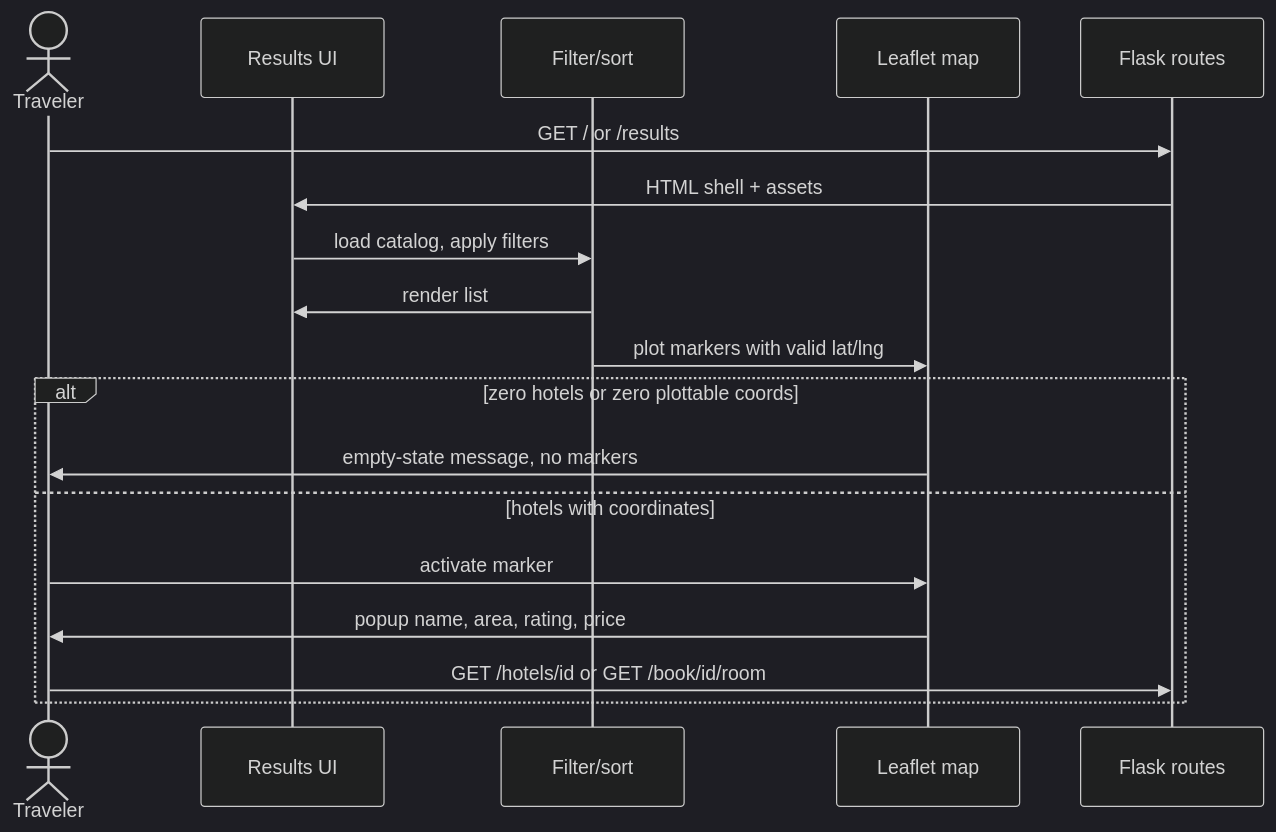
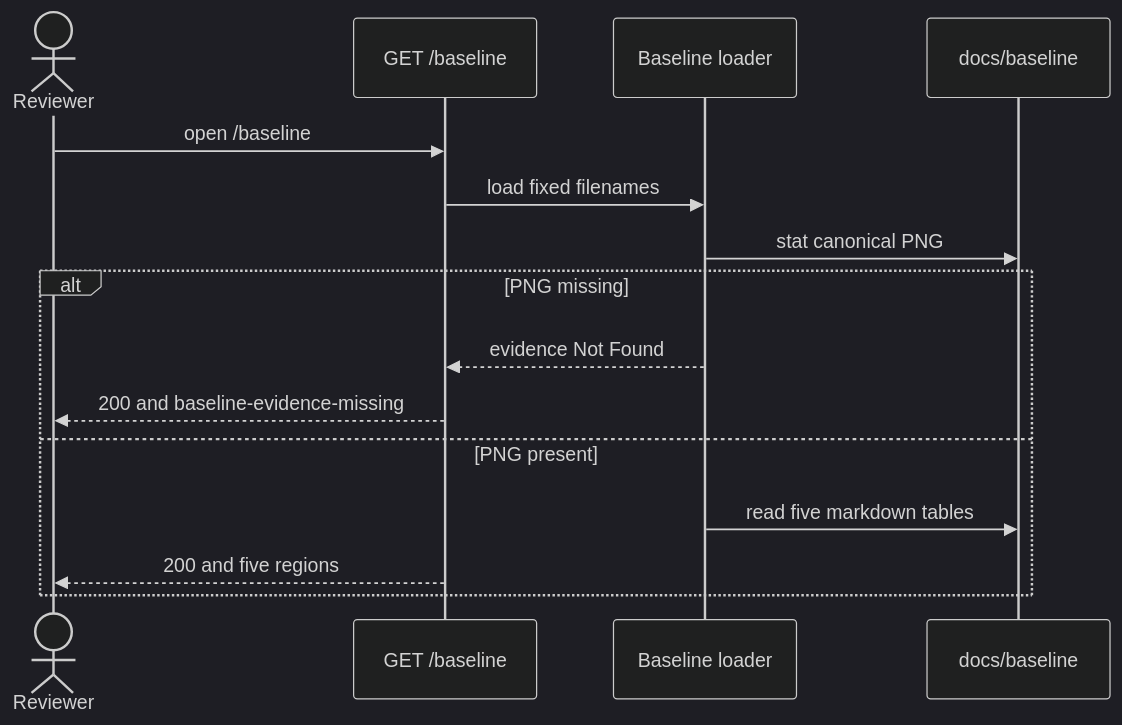
Before and after one commit to Vinayqa24/CapstoneSDLCCursor: the second of 2 diagrams in architecture.md, drawn with Mermaid (dark theme). The commit also changed other lines of this file and 1 other file, not shown here.

First line of the commit message:
Describe the Flask baseline viewer for SCRUM-31.

````diff
--- a/architecture.md
+++ b/architecture.md
@@ -63,20 +53,17 @@
 ```mermaid
 sequenceDiagram
-  actor Traveler
-  participant Results as Results UI
-  participant Filter as Filter/sort
-  participant Map as Leaflet map
-  participant Flask as Flask routes
-  Traveler->>Flask: GET / or /results
-  Flask->>Results: HTML shell + assets
-  Results->>Filter: load catalog, apply filters
-  Filter->>Results: render list
-  Filter->>Map: plot markers with valid lat/lng
-  alt zero hotels or zero plottable coords
-    Map->>Traveler: empty-state message, no markers
-  else hotels with coordinates
-    Traveler->>Map: activate marker
-    Map->>Traveler: popup name, area, rating, price
-    Traveler->>Flask: GET /hotels/id or GET /book/id/room
+  actor Reviewer
+  participant Flask as GET /baseline
+  participant Loader as Baseline loader
+  participant Disk as docs/baseline
+  Reviewer->>Flask: open /baseline
+  Flask->>Loader: load fixed filenames
+  Loader->>Disk: stat canonical PNG
+  alt PNG missing
+    Loader-->>Flask: evidence Not Found
+    Flask-->>Reviewer: 200 and baseline-evidence-missing
+  else PNG present
+    Loader->>Disk: read five markdown tables
+    Flask-->>Reviewer: 200 and five regions
   end
 ```
````
